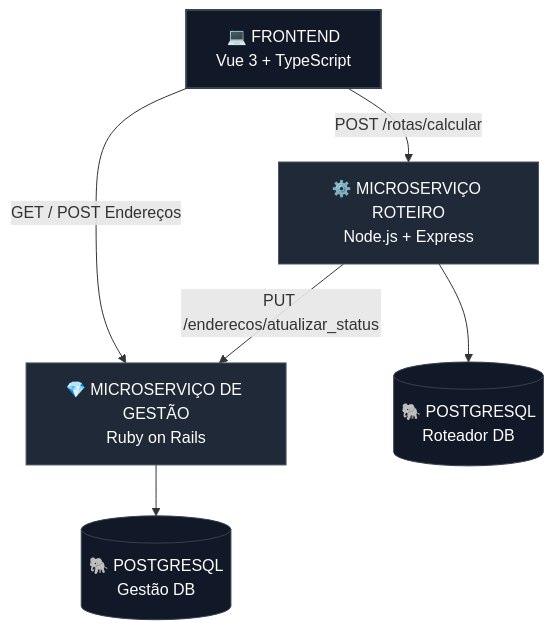
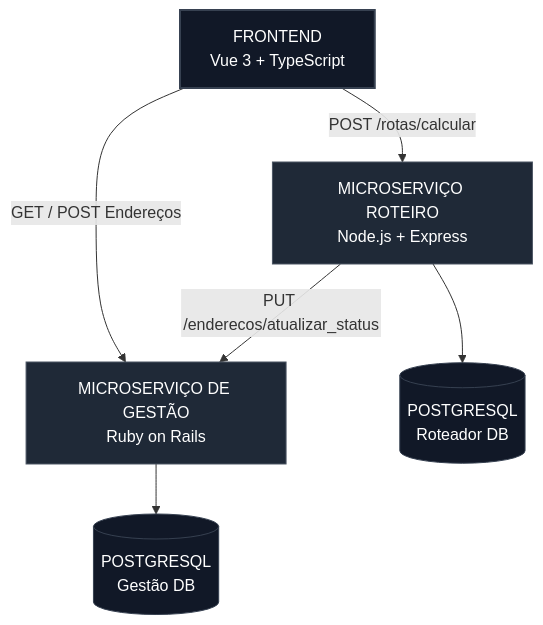
One commit to jpliossi/Roteirizador-de-Entregas changed the first of 2 diagrams in README.md. Above: the diagram before and after it, drawn with Mermaid. The commit also changed other lines of this file, not shown here.

Commit message:
fix(docs): refinando readme

````diff
--- a/README.md
+++ b/README.md
@@ -15,27 +15,27 @@
 ```mermaid
 graph TD
     %% Componentes Principais
-    FRONTEND["💻 FRONTEND<br>Vue 3 + TypeScript"]
-    GESTAO["💎 MICROSERVIÇO DE GESTÃO<br>Ruby on Rails"]
-    ROTEIRO["⚙️ MICROSERVIÇO ROTEIRO<br>Node.js + Express"]
+    FRONTEND["FRONTEND<br>Vue 3 + TypeScript"]
+    GESTAO["MICROSERVIÇO DE GESTÃO<br>Ruby on Rails"]
+    ROTEIRO["MICROSERVIÇO ROTEIRO<br>Node.js + Express"]
     
     %% Bancos de Dados
-    DB_GESTAO[("🐘 POSTGRESQL<br>Gestão DB")]
-    DB_ROTEIRO[("🐘 POSTGRESQL<br>Roteador DB")]
+    DB_GESTAO[("POSTGRESQL<br>Gestão DB")]
+    DB_ROTEIRO[("POSTGRESQL<br>Roteador DB")]
 
     %% Fluxos de Comunicação
     FRONTEND -->|GET / POST Endereços| GESTAO
     FRONTEND -->|POST /rotas/calcular| ROTEIRO
     ROTEIRO -->|PUT /enderecos/atualizar_status| GESTAO
     
     %% Conexões com Banco
     GESTAO --> DB_GESTAO
     ROTEIRO --> DB_ROTEIRO
 
     %% Estilização Básica
     style FRONTEND fill:#111827,stroke:#374151,stroke-width:2px,color:#fff
     style GESTAO fill:#1f2937,stroke:#4b5563,stroke-width:1px,color:#fff
     style ROTEIRO fill:#1f2937,stroke:#4b5563,stroke-width:1px,color:#fff
     style DB_GESTAO fill:#111827,stroke:#374151,color:#fff
     style DB_ROTEIRO fill:#111827,stroke:#374151,color:#fff
 ```
````
